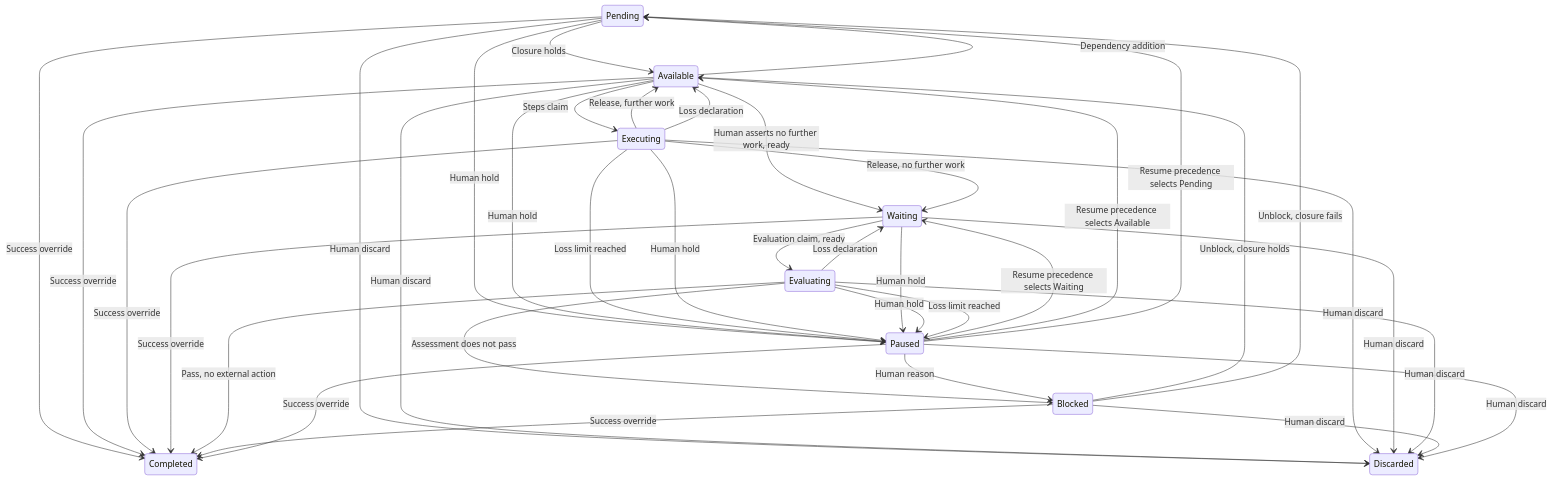
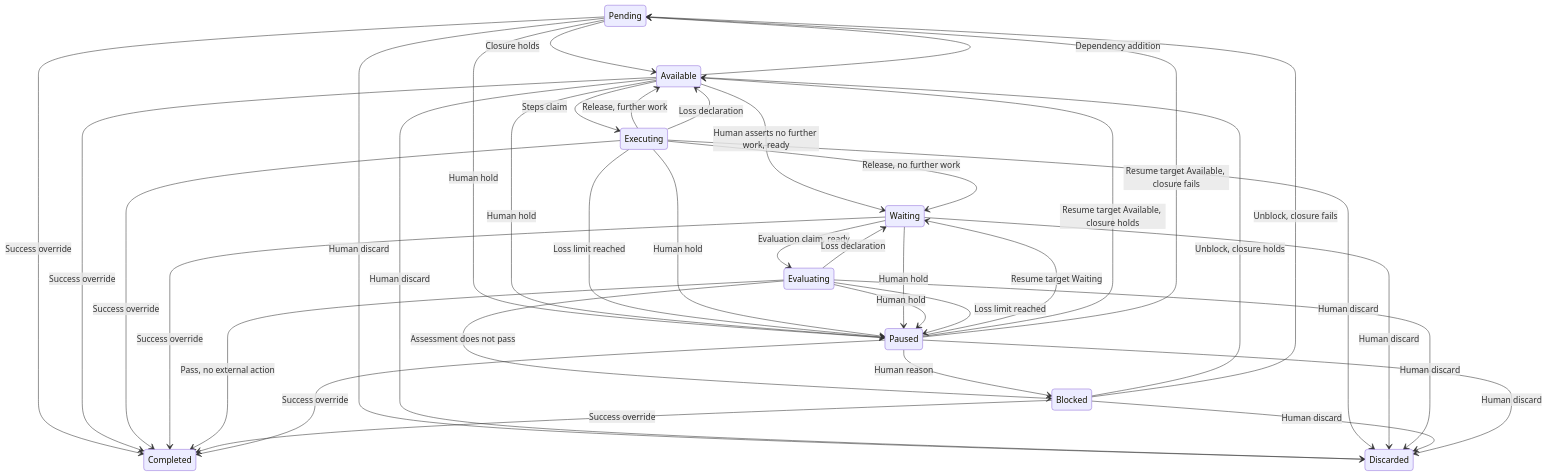
The first of 2 diagrams in docs/brainstorm/mission-service.md (kanthorlabs/kanthord), drawn with Mermaid before and after one commit. The commit also changed other lines of this file and 1 other file, not shown here.

Commit message:
docs: derive the attempt actions and resume a paused node by its target

````diff
--- a/docs/brainstorm/mission-service.md
+++ b/docs/brainstorm/mission-service.md
@@ -642,40 +643,40 @@
 ```mermaid
 stateDiagram-v2
     Pending --> Available: Closure holds
     Pending --> Paused: Human hold
     Pending --> Completed: Success override
     Pending --> Discarded: Human discard
     Available --> Executing: Steps claim
     Available --> Waiting: Human asserts no further work, ready
     Available --> Pending: Dependency addition
     Available --> Paused: Human hold
     Available --> Completed: Success override
     Available --> Discarded: Human discard
     Executing --> Waiting: Release, no further work
     Executing --> Available: Release, further work
     Executing --> Available: Loss declaration
     Executing --> Paused: Loss limit reached
     Executing --> Paused: Human hold
     Executing --> Completed: Success override
     Executing --> Discarded: Human discard
     Waiting --> Evaluating: Evaluation claim, ready
     Waiting --> Paused: Human hold
     Waiting --> Completed: Success override
     Waiting --> Discarded: Human discard
     Evaluating --> Completed: Pass, no external action
     Evaluating --> Blocked: Assessment does not pass
     Evaluating --> Paused: Human hold
     Evaluating --> Discarded: Human discard
     Evaluating --> Waiting: Loss declaration
     Evaluating --> Paused: Loss limit reached
     Blocked --> Available: Unblock, closure holds
     Blocked --> Pending: Unblock, closure fails
     Blocked --> Completed: Success override
     Blocked --> Discarded: Human discard
-    Paused --> Waiting: Resume precedence selects Waiting
-    Paused --> Available: Resume precedence selects Available
-    Paused --> Pending: Resume precedence selects Pending
+    Paused --> Waiting: Resume target Waiting
+    Paused --> Available: Resume target Available, closure holds
+    Paused --> Pending: Resume target Available, closure fails
     Paused --> Blocked: Human reason
     Paused --> Completed: Success override
     Paused --> Discarded: Human discard
 ```
````
